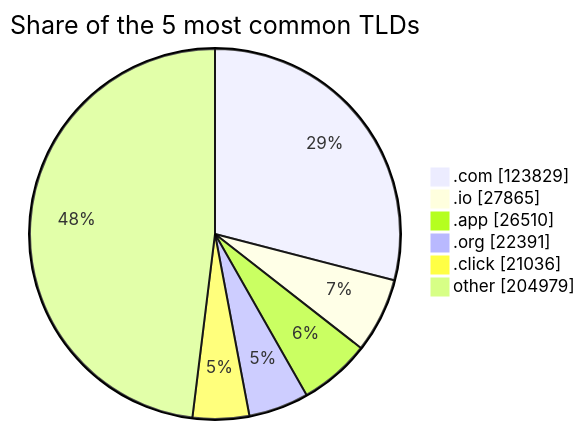
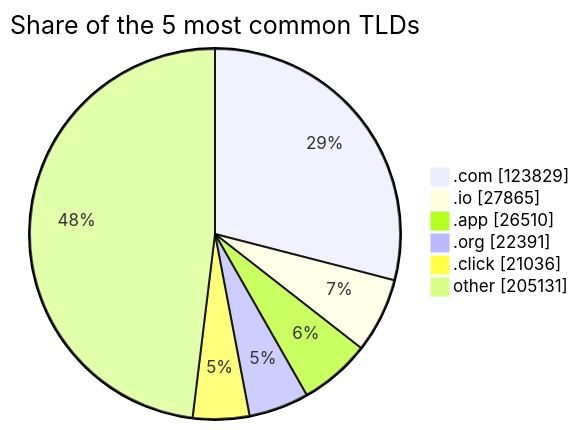
One commit to DNSBunker/CTI changed the third of 3 diagrams in README.md. Above: the diagram before and after it, drawn with Mermaid. The commit also changed other lines of this file and 3 other files, not shown here.

````diff
--- a/README.md
+++ b/README.md
@@ -81,9 +81,9 @@
 ```mermaid
 pie showData title Share of the 5 most common TLDs
     ".com" : 123829
     ".io" : 27865
     ".app" : 26510
     ".org" : 22391
     ".click" : 21036
-    "other" : 204979
+    "other" : 205131
 ```
````
